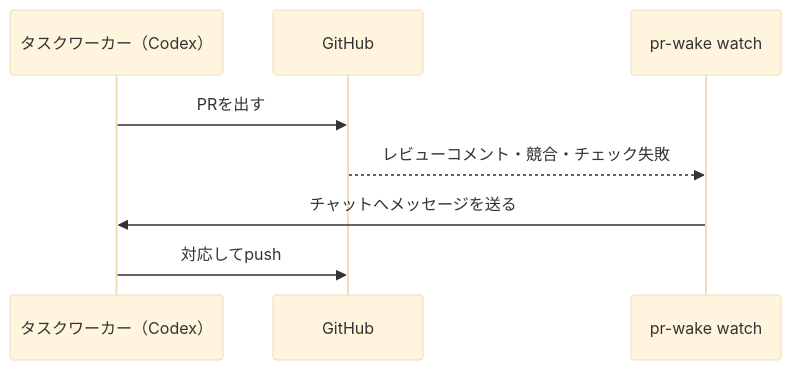
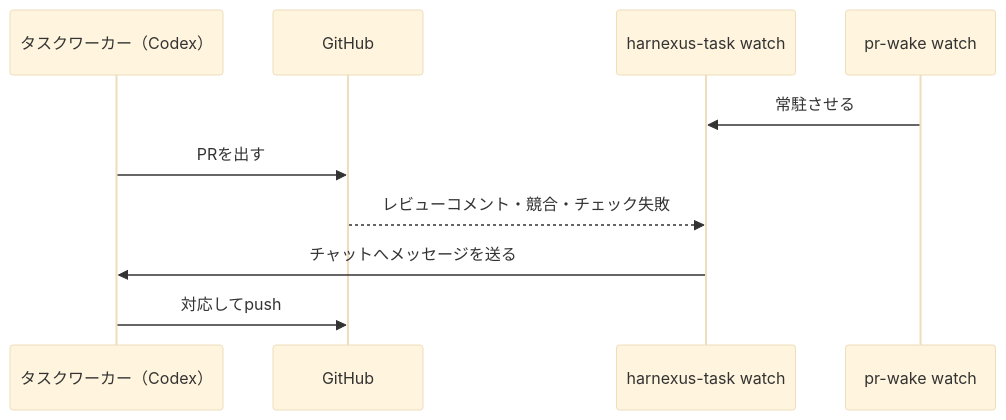
The first of 2 diagrams in README.md (riii111/pr-wake), drawn with Mermaid (base theme) before and after one commit.

Commit message:
docs: show harnexus as the watcher in the watch flow

````diff
--- a/README.md
+++ b/README.md
@@ -16,10 +16,12 @@
 ```mermaid
 sequenceDiagram
   participant W as タスクワーカー（Codex）
   participant G as GitHub
+  participant H as harnexus-task watch
   participant P as pr-wake watch
+  P->>H: 常駐させる
   W->>G: PRを出す
-  G-->>P: レビューコメント・競合・チェック失敗
-  P->>W: チャットへメッセージを送る
+  G-->>H: レビューコメント・競合・チェック失敗
+  H->>W: チャットへメッセージを送る
   W->>G: 対応してpush
 ```
````
